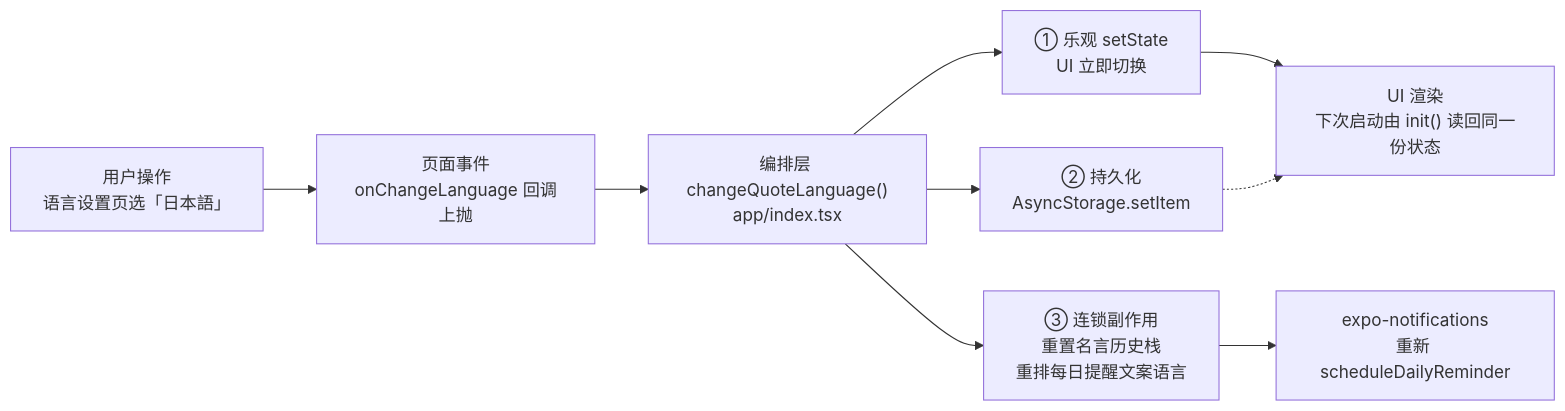
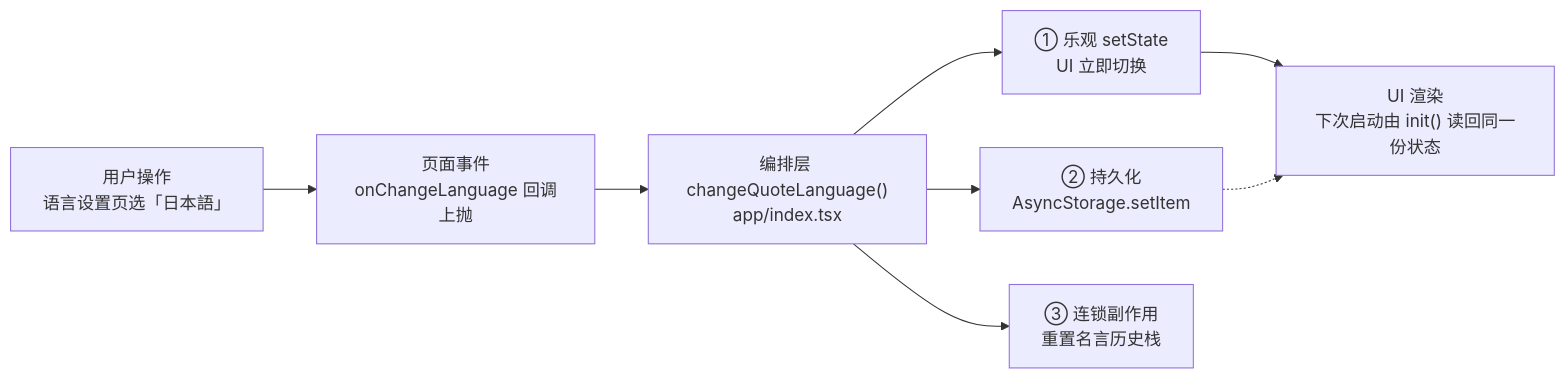
One commit to toothemooon/echo changed the second of 3 diagrams in Architecture.md. Above: the diagram before and after it, drawn with Mermaid. The commit also changed other lines of this file and 32 other files, not shown here.

````diff
--- a/Architecture.md
+++ b/Architecture.md
@@ -130,11 +129,10 @@
 ```mermaid
 flowchart LR
     A["用户操作<br/>语言设置页选「日本語」"] --> B["页面事件<br/>onChangeLanguage 回调上抛"]
     B --> C["编排层 changeQuoteLanguage()<br/>app/index.tsx"]
     C --> D["① 乐观 setState<br/>UI 立即切换"]
     C --> E["② 持久化<br/>AsyncStorage.setItem"]
-    C --> F["③ 连锁副作用<br/>重置名言历史栈<br/>重排每日提醒文案语言"]
-    F --> G["expo-notifications<br/>重新 scheduleDailyReminder"]
+    C --> F["③ 连锁副作用<br/>重置名言历史栈"]
     D --> H["UI 渲染<br/>下次启动由 init() 读回同一份状态"]
     E -.-> H
 ```
````
